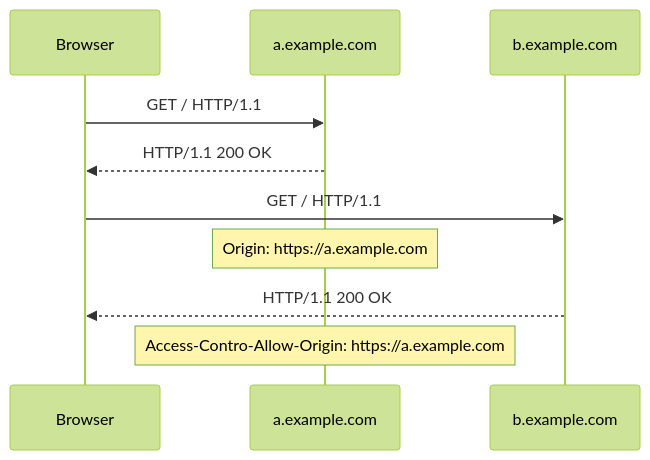
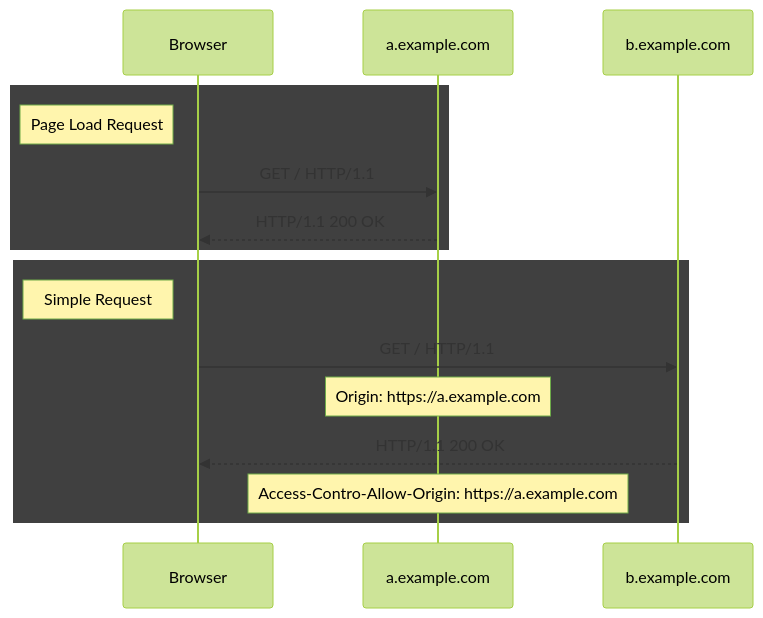
Before and after one commit to zeek0x/cors-handson: the first of 3 diagrams in README.md, drawn with Mermaid (forest theme). The commit also changed other lines of this file, not shown here.

Commit message:
Add rect to Sequence Diagram

````diff
--- a/README.md
+++ b/README.md
@@ -33,14 +33,20 @@
 ```mermaid
 sequenceDiagram
     participant c as Browser
     participant a as a.example.com
     participant b as b.example.com
 
-    c->>a: GET / HTTP/1.1
-    a-->>c: HTTP/1.1 200 OK
+    rect rgb(64, 64, 64)
+        Note left of c: Page Load Request
+        c->>a: GET / HTTP/1.1
+        a-->>c: HTTP/1.1 200 OK
+    end
 
-    c->>b: GET / HTTP/1.1
-    Note over a: Origin: https://a.example.com
-    b-->>c: HTTP/1.1 200 OK
-    Note over a: Access-Contro-Allow-Origin: https://a.example.com
+    rect rgb(64, 64, 64)
+        Note left of c: Simple Request
+        c->>b: GET / HTTP/1.1
+        Note over a: Origin: https://a.example.com
+        b-->>c: HTTP/1.1 200 OK
+        Note over a: Access-Contro-Allow-Origin: https://a.example.com
+    end
 ```
````
